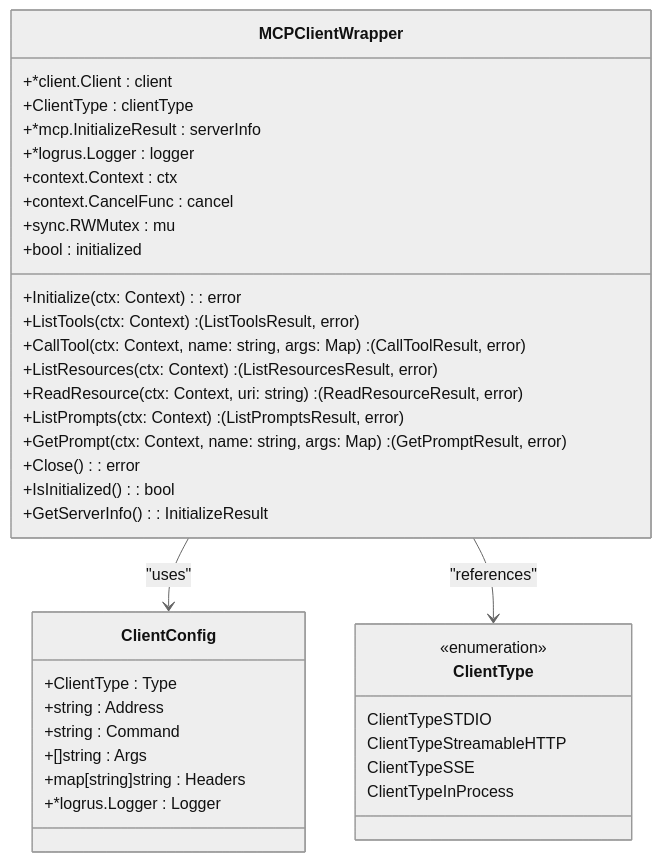
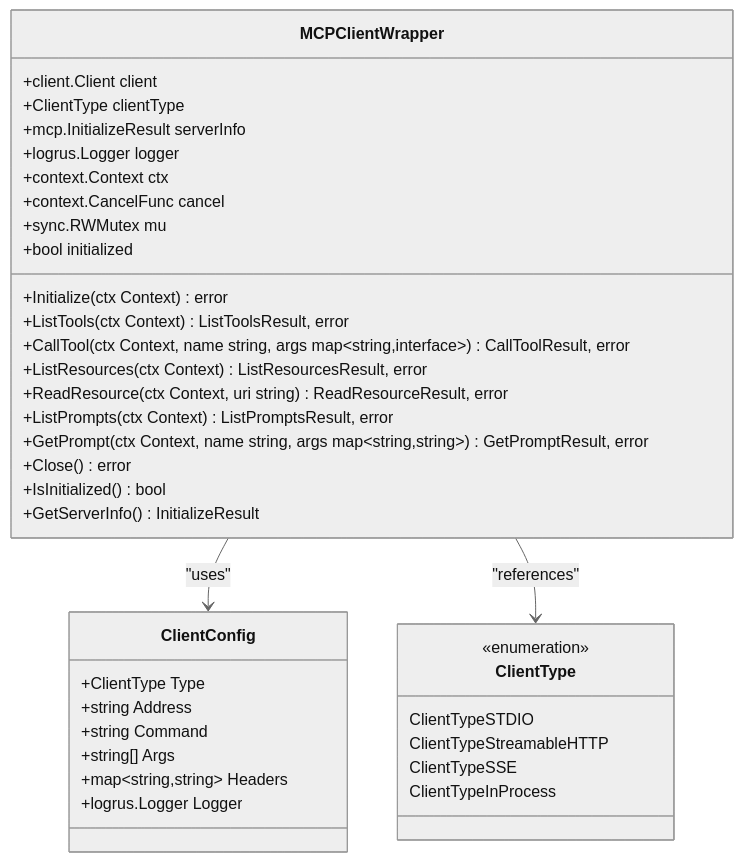
Before and after one commit to prxs-ai/praxis-go-sdk: the fourth of 9 diagrams in docs/Core Services/MCP Protocol.md, drawn with Mermaid (neutral theme). The commit also changed other lines of this file and 33 other files, not shown here.

````diff
--- a/docs/Core Services/MCP Protocol.md
+++ b/docs/Core Services/MCP Protocol.md
@@ -201,40 +201,40 @@
 ```mermaid
 classDiagram
 class MCPClientWrapper {
-+*client.Client : client
-+ClientType : clientType
-+*mcp.InitializeResult : serverInfo
-+*logrus.Logger : logger
-+context.Context : ctx
-+context.CancelFunc : cancel
-+sync.RWMutex : mu
-+bool : initialized
-+Initialize(ctx: Context) : error
-+ListTools(ctx: Context) : (ListToolsResult, error)
-+CallTool(ctx: Context, name: string, args: Map<string, interface>) : (CallToolResult, error)
-+ListResources(ctx: Context) : (ListResourcesResult, error)
-+ReadResource(ctx: Context, uri: string) : (ReadResourceResult, error)
-+ListPrompts(ctx: Context) : (ListPromptsResult, error)
-+GetPrompt(ctx: Context, name: string, args: Map<string, string>) : (GetPromptResult, error)
-+Close() : error
-+IsInitialized() : bool
-+GetServerInfo() : InitializeResult
++client.Client client
++ClientType clientType
++mcp.InitializeResult serverInfo
++logrus.Logger logger
++context.Context ctx
++context.CancelFunc cancel
++sync.RWMutex mu
++bool initialized
++Initialize(ctx Context) error
++ListTools(ctx Context) ListToolsResult, error
++CallTool(ctx Context, name string, args map~string,interface~) CallToolResult, error
++ListResources(ctx Context) ListResourcesResult, error
++ReadResource(ctx Context, uri string) ReadResourceResult, error
++ListPrompts(ctx Context) ListPromptsResult, error
++GetPrompt(ctx Context, name string, args map~string,string~) GetPromptResult, error
++Close() error
++IsInitialized() bool
++GetServerInfo() InitializeResult
 }
 class ClientConfig {
-+ClientType : Type
-+string : Address
-+string : Command
-+[]string : Args
-+map[string]string : Headers
-+*logrus.Logger : Logger
++ClientType Type
++string Address
++string Command
++string[] Args
++map~string,string~ Headers
++logrus.Logger Logger
 }
 class ClientType {
 <<enumeration>>
 ClientTypeSTDIO
 ClientTypeStreamableHTTP
 ClientTypeSSE
 ClientTypeInProcess
 }
 MCPClientWrapper --> ClientConfig : "uses"
 MCPClientWrapper --> ClientType : "references"
 ```
````
